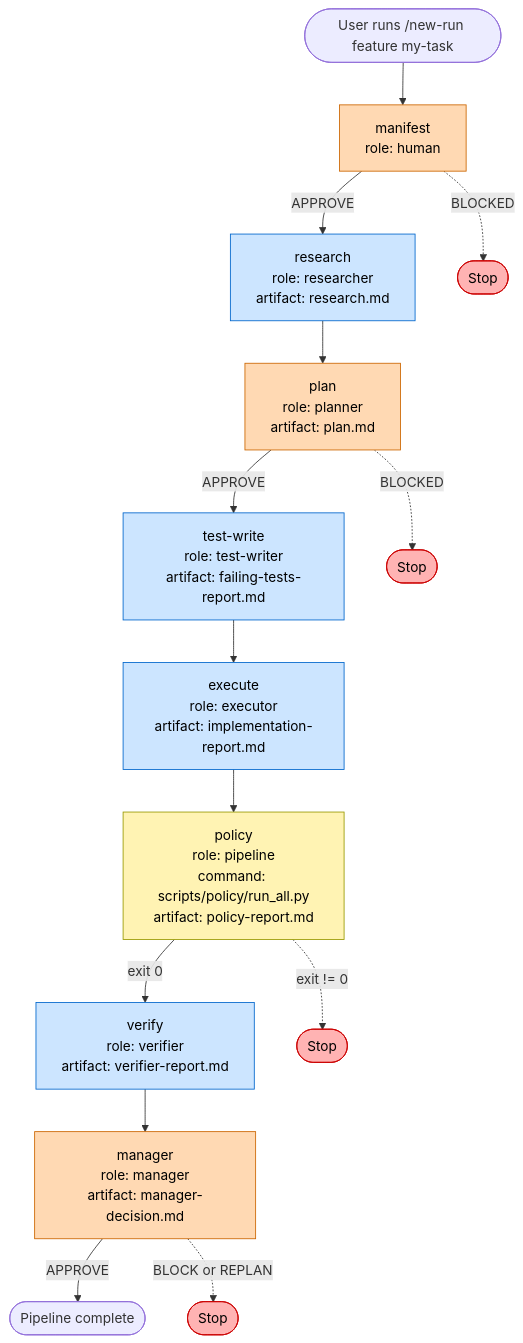
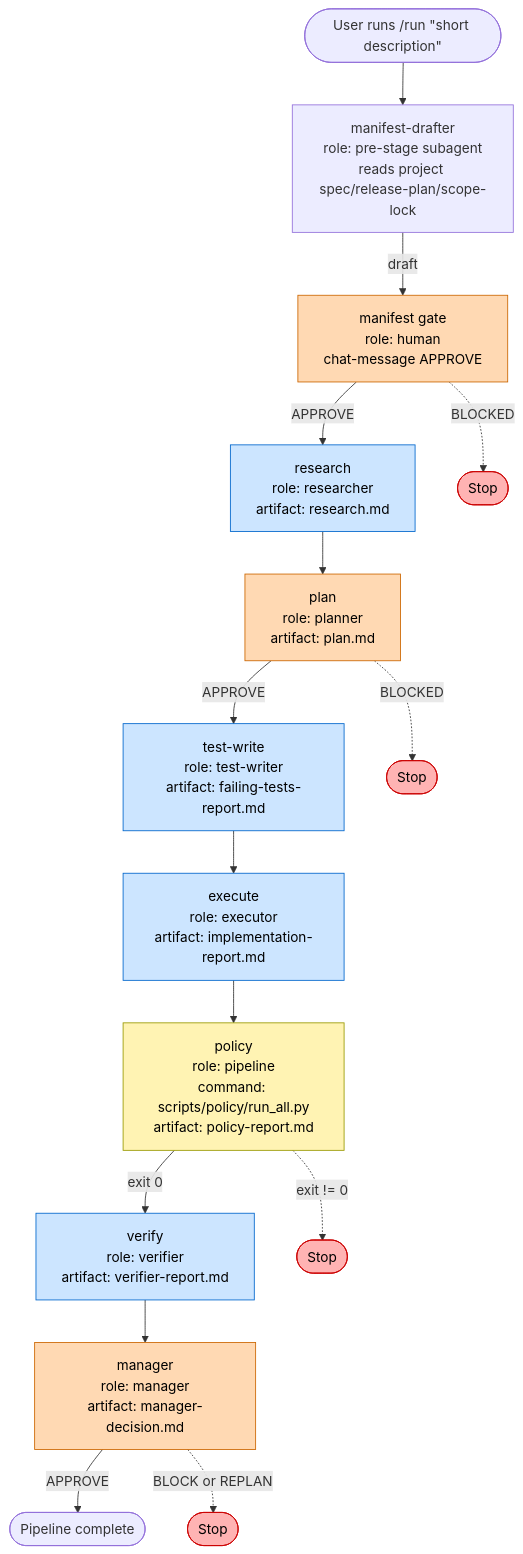
The second of 10 diagrams in ARCHITECTURE.md (scottconverse/agent-pipeline-claude), drawn with Mermaid before and after one commit. The commit also changed other lines of this file and 16 other files, not shown here.

````diff
--- a/ARCHITECTURE.md
+++ b/ARCHITECTURE.md
@@ -73,27 +90,28 @@
 ```mermaid
 flowchart TB
-    Start([User runs /new-run feature my-task]) --> M[manifest<br/>role: human]
+    Start([User runs /run &quot;short description&quot;]) --> D[manifest-drafter<br/>role: pre-stage subagent<br/>reads project spec/release-plan/scope-lock]
+    D -- draft --> M[manifest gate<br/>role: human<br/>chat-message APPROVE]
     M -- APPROVE --> R[research<br/>role: researcher<br/>artifact: research.md]
     R --> P[plan<br/>role: planner<br/>artifact: plan.md]
     P -- APPROVE --> TW[test-write<br/>role: test-writer<br/>artifact: failing-tests-report.md]
     TW --> E[execute<br/>role: executor<br/>artifact: implementation-report.md]
     E --> POL[policy<br/>role: pipeline<br/>command: scripts/policy/run_all.py<br/>artifact: policy-report.md]
     POL -- exit 0 --> V[verify<br/>role: verifier<br/>artifact: verifier-report.md]
     V --> MGR[manager<br/>role: manager<br/>artifact: manager-decision.md]
     MGR -- APPROVE --> Done([Pipeline complete])
 
     M -. BLOCKED .-> Stop1([Stop])
     P -. BLOCKED .-> Stop2([Stop])
     POL -. exit != 0 .-> Stop3([Stop])
     MGR -. BLOCK or REPLAN .-> Stop4([Stop])
 
     classDef human fill:#ffd9b3,stroke:#cc6600,color:#000
     classDef agent fill:#cce5ff,stroke:#0066cc,color:#000
     classDef policy fill:#fff3b3,stroke:#999900,color:#000
     classDef stop fill:#ffb3b3,stroke:#cc0000,color:#000
 
     class M,P,MGR human
     class R,TW,E,V agent
     class POL policy
     class Stop1,Stop2,Stop3,Stop4 stop
 ```
````
